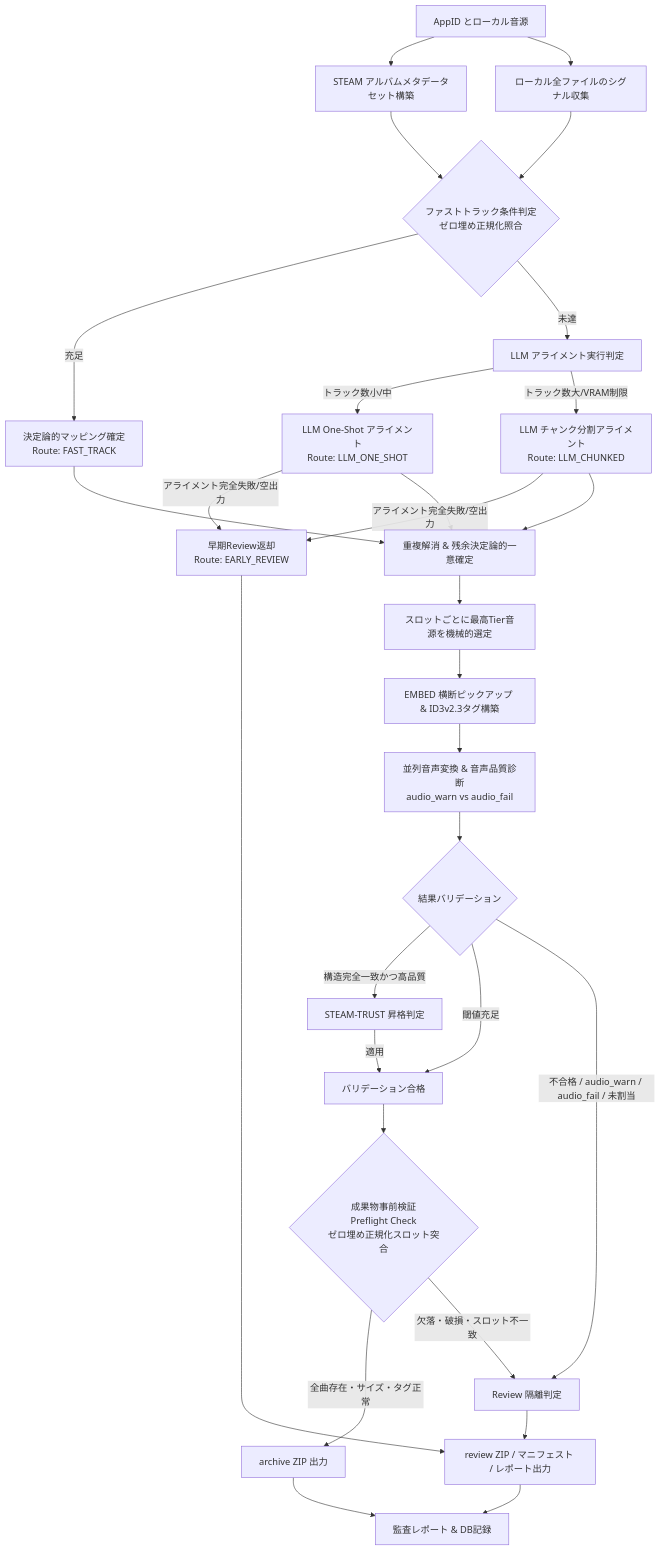
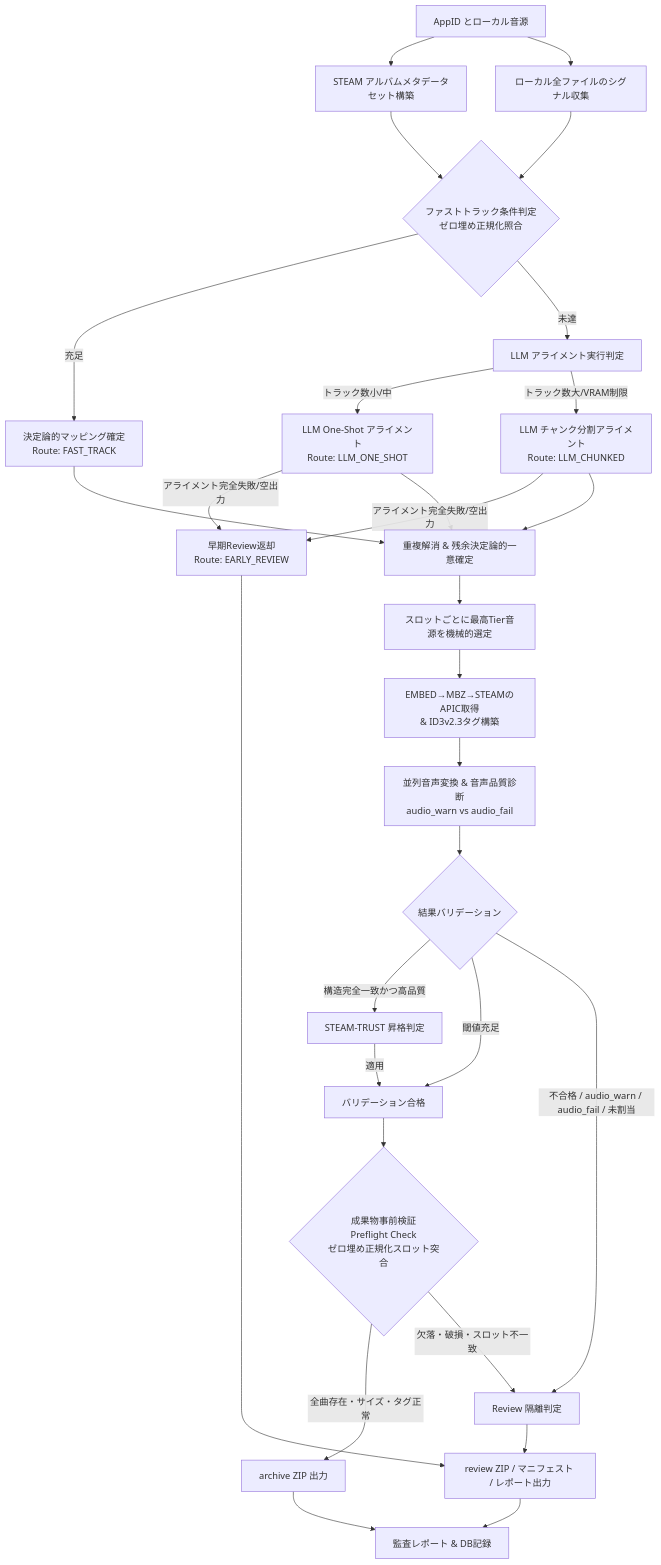
The first of 3 diagrams in docs/data_flow_diagram.md (dEAdbEEF314/S.S.T), drawn with Mermaid before and after one commit. The commit also changed other lines of this file and 18 other files, not shown here.

````diff
--- a/docs/data_flow_diagram.md
+++ b/docs/data_flow_diagram.md
@@ -5,45 +5,45 @@
 ```mermaid
 flowchart TD
     A[AppID とローカル音源] --> B[STEAM アルバムメタデータセット構築]
     A --> C[ローカル全ファイルのシグナル収集]
     B --> D{ファストトラック条件判定<br/>ゼロ埋め正規化照合}
     C --> D
     
     %% Route 1: FAST_TRACK
     D -->|充足| E1[決定論的マッピング確定<br/>Route: FAST_TRACK]
     
     %% LLM Routes
     D -->|未達| F[LLM アライメント実行判定]
     F -->|トラック数小/中| E2[LLM One-Shot アライメント<br/>Route: LLM_ONE_SHOT]
     F -->|トラック数大/VRAM制限| E3[LLM チャンク分割アライメント<br/>Route: LLM_CHUNKED]
     
     %% Early Review
     E2 -->|アライメント完全失敗/空出力| ER[早期Review返却<br/>Route: EARLY_REVIEW]
     E3 -->|アライメント完全失敗/空出力| ER
     
     %% Post Alignment
     E1 --> G[重複解消 & 残余決定論的一意確定]
     E2 --> G
     E3 --> G
     
     G --> H[スロットごとに最高Tier音源を機械的選定]
-    H --> I[EMBED 横断ピックアップ & ID3v2.3タグ構築]
+    H --> I[EMBED→MBZ→STEAMのAPIC取得<br/>& ID3v2.3タグ構築]
     I --> J[並列音声変換 & 音声品質診断<br/>audio_warn vs audio_fail]
     
     %% Validation & STEAM-TRUST
     J --> K{結果バリデーション}
     K -->|構造完全一致かつ高品質| ST[STEAM-TRUST 昇格判定]
     K -->|閾値充足| V_OK[バリデーション合格]
     ST -->|適用| V_OK
     K -->|不合格 / audio_warn / audio_fail / 未割当| REV[Review 隔離判定]
     
     %% Preflight Check
     V_OK --> PF{成果物事前検証<br/>Preflight Check<br/>ゼロ埋め正規化スロット突合}
     PF -->|全曲存在・サイズ・タグ正常| ARCH[archive ZIP 出力]
     PF -->|欠落・破損・スロット不一致| REV
     
     ER --> REV_OUT[review ZIP / マニフェスト / レポート出力]
     REV --> REV_OUT
     ARCH --> REP[監査レポート & DB記録]
     REV_OUT --> REP
 ```
````
